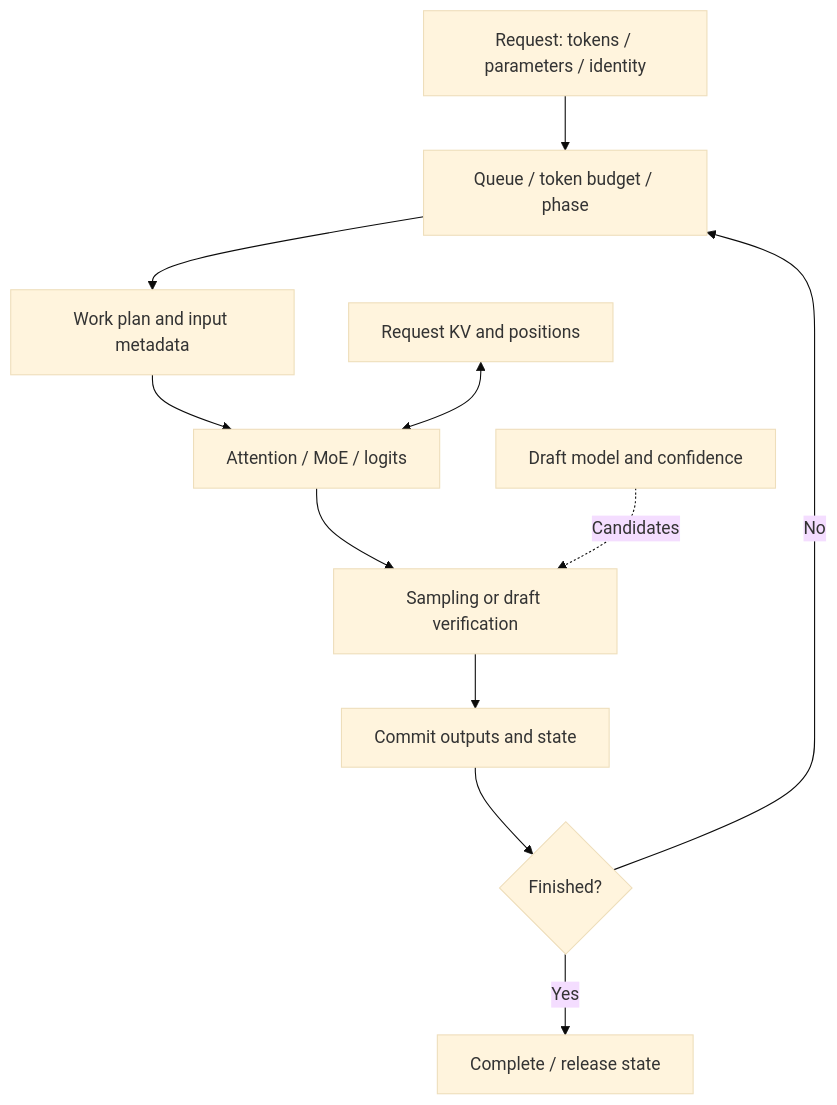
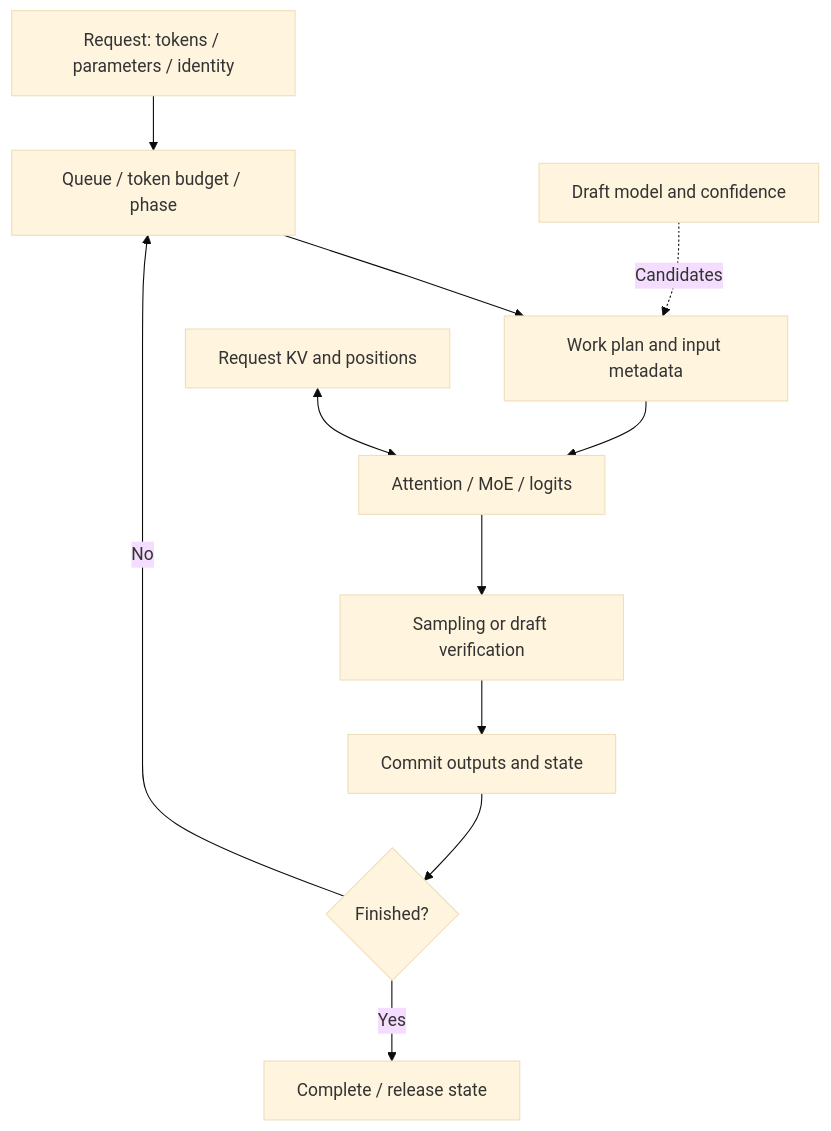
Before and after one commit to PeriodBLUE/nano-deepseek-infer: the diagram in docs/interview-guide.en.md, drawn with Mermaid (base theme). The commit also changed other lines of this file and 18 other files, not shown here.

````diff
--- a/docs/interview-guide.en.md
+++ b/docs/interview-guide.en.md
@@ -22,13 +22,13 @@
 ```mermaid
 flowchart TD
     R[Request: tokens / parameters / identity] --> S[Queue / token budget / phase]
     S --> W[Work plan and input metadata]
     W --> M[Attention / MoE / logits]
     K[Request KV and positions] <--> M
     M --> O[Sampling or draft verification]
     O --> C[Commit outputs and state]
     C --> D{Finished?}
     D -->|No| S
     D -->|Yes| F[Complete / release state]
-    B[Draft model and confidence] -.Candidates.-> O
+    B[Draft model and confidence] -.Candidates.-> W
 ```
````
